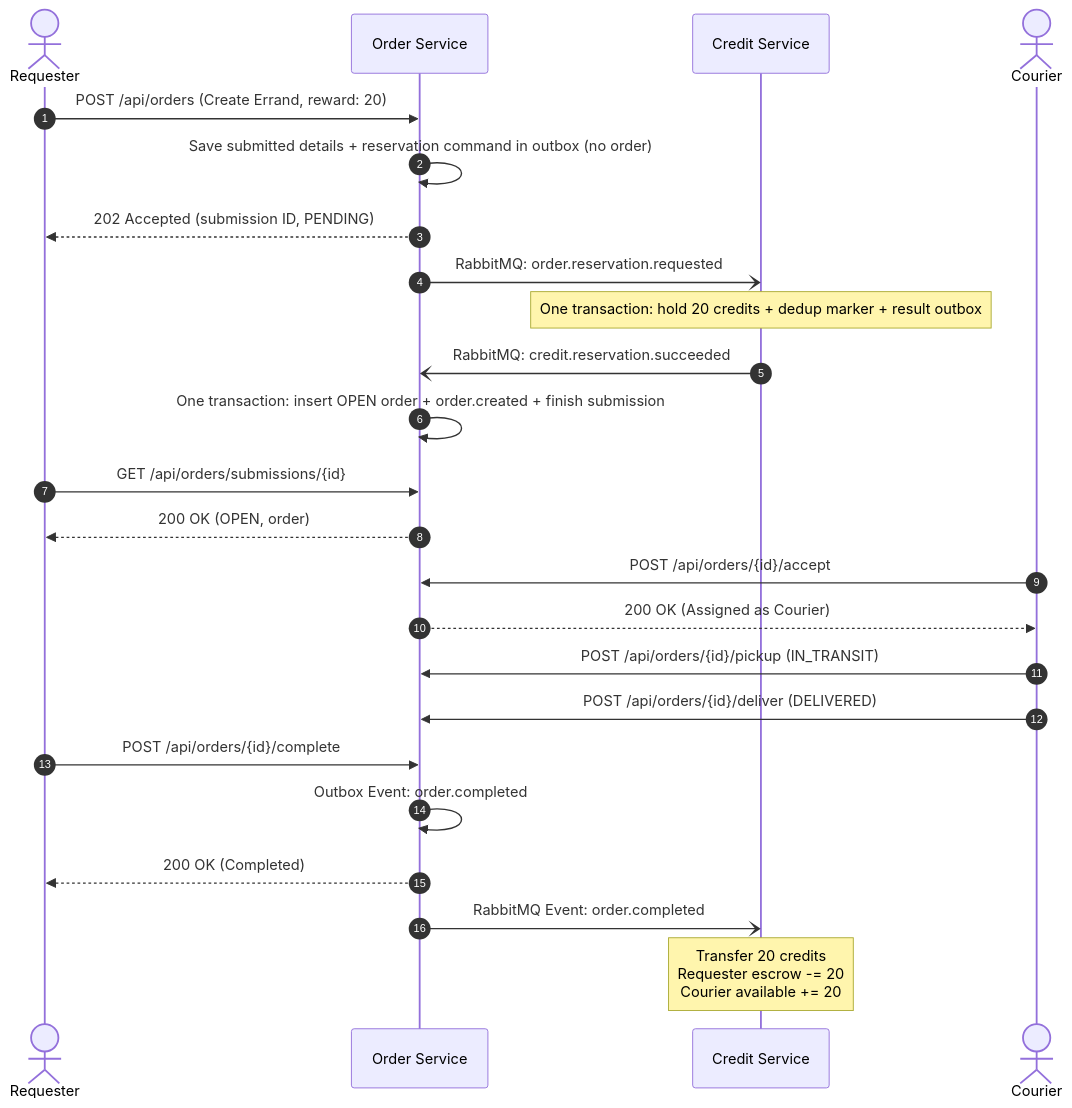
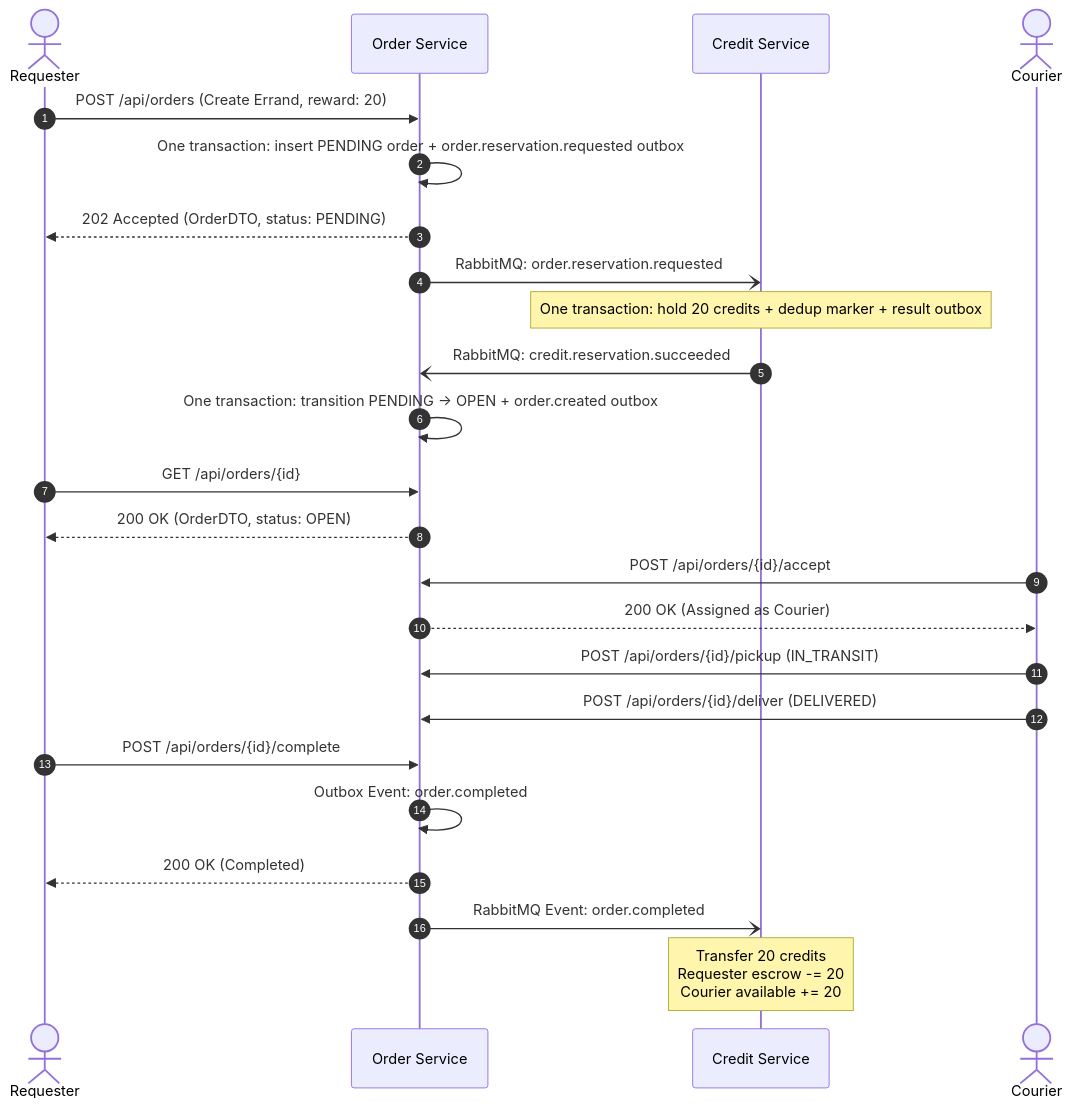
One commit to AY2627S1-CS3219-P25/friend-on-campus changed the second of 3 diagrams in docs/errand-specification.md. Above: the diagram before and after it, drawn with Mermaid. The commit also changed other lines of this file and 31 other files, not shown here.

Commit message:
feat(saga): refactor order reservation saga to Approach B2 and add Debezium outbox CDC

````diff
--- a/docs/errand-specification.md
+++ b/docs/errand-specification.md
@@ -144,31 +150,31 @@
 ```mermaid
 sequenceDiagram
   autonumber
   actor Requester
   participant Order as Order Service
   participant Credit as Credit Service
   actor Courier
 
   Requester->>Order: POST /api/orders (Create Errand, reward: 20)
-  Order->>Order: Save submitted details + reservation command in outbox (no order)
-  Order-->>Requester: 202 Accepted (submission ID, PENDING)
+  Order->>Order: One transaction: insert PENDING order + order.reservation.requested outbox
+  Order-->>Requester: 202 Accepted (OrderDTO, status: PENDING)
   Order-)Credit: RabbitMQ: order.reservation.requested
   Note over Credit: One transaction: hold 20 credits + dedup marker + result outbox
   Credit-)Order: RabbitMQ: credit.reservation.succeeded
-  Order->>Order: One transaction: insert OPEN order + order.created + finish submission
-  Requester->>Order: GET /api/orders/submissions/{id}
-  Order-->>Requester: 200 OK (OPEN, order)
+  Order->>Order: One transaction: transition PENDING -> OPEN + order.created outbox
+  Requester->>Order: GET /api/orders/{id}
+  Order-->>Requester: 200 OK (OrderDTO, status: OPEN)
 
   Courier->>Order: POST /api/orders/{id}/accept
   Order-->>Courier: 200 OK (Assigned as Courier)
 
   Courier->>Order: POST /api/orders/{id}/pickup (IN_TRANSIT)
   Courier->>Order: POST /api/orders/{id}/deliver (DELIVERED)
 
   Requester->>Order: POST /api/orders/{id}/complete
   Order->>Order: Outbox Event: order.completed
   Order-->>Requester: 200 OK (Completed)
 
   Order-)Credit: RabbitMQ Event: order.completed
   Note over Credit: Transfer 20 credits<br/>Requester escrow -= 20<br/>Courier available += 20
 ```
````
